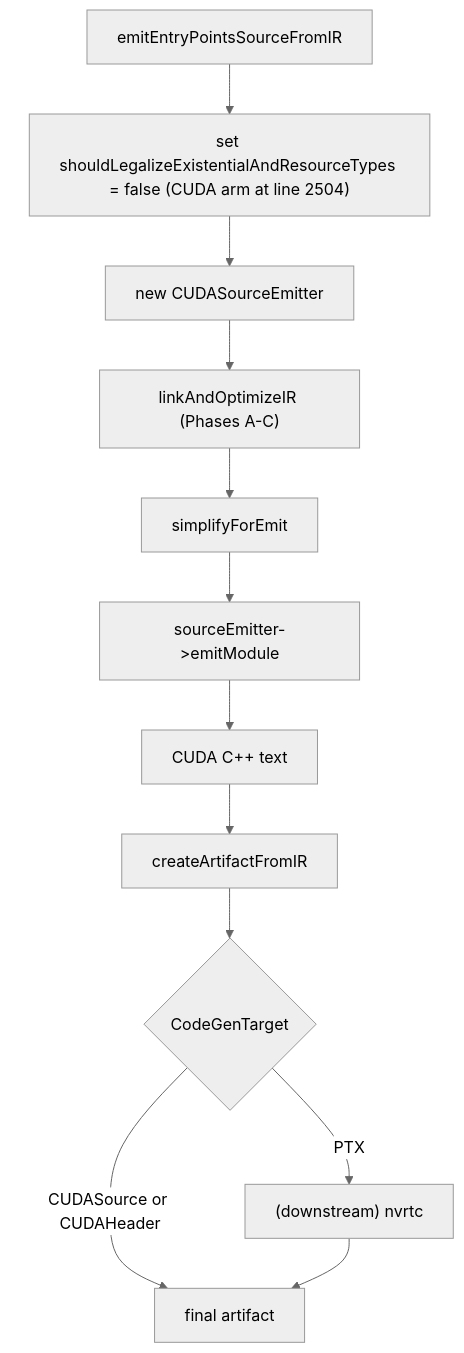
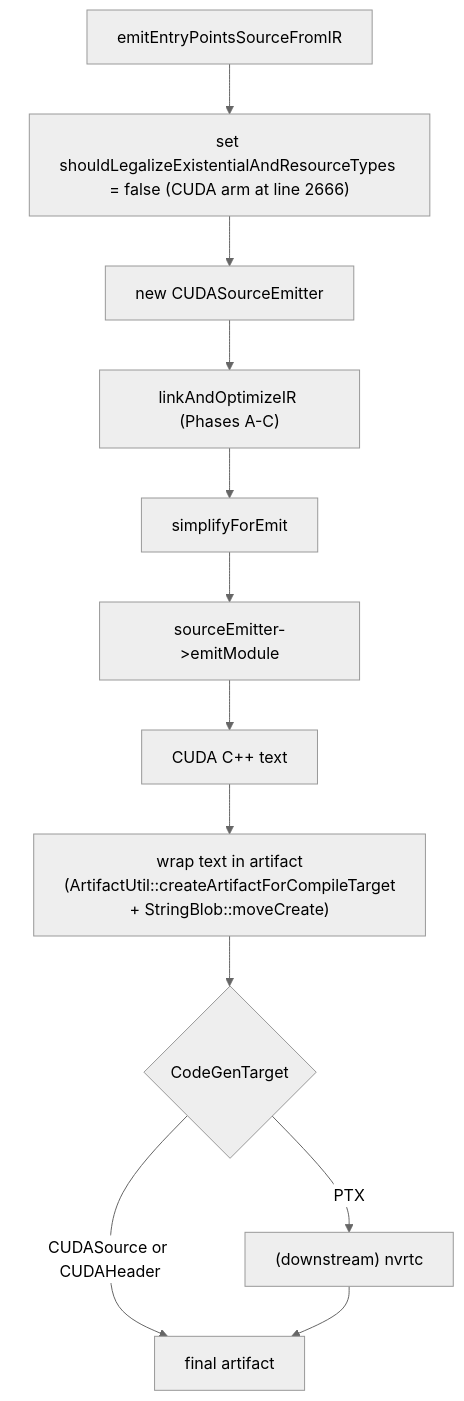
The fifth of 5 diagrams in slang-builder/deps/slang/share/doc/slang/generated/design/target-pipelines/cuda.md (FireNameFN/panelwork-rs), drawn with Mermaid (neutral theme) before and after one commit. The commit also changed other lines of this file and 3551 other files, not shown here.

````diff
--- a/slang-builder/deps/slang/share/doc/slang/generated/design/target-pipelines/cuda.md
+++ b/slang-builder/deps/slang/share/doc/slang/generated/design/target-pipelines/cuda.md
@@ -507,18 +546,18 @@
 ```mermaid
 flowchart TD
   ent[emitEntryPointsSourceFromIR]
-  setFlag["set shouldLegalizeExistentialAndResourceTypes = false (CUDA arm at line 2504)"]
+  setFlag["set shouldLegalizeExistentialAndResourceTypes = false (CUDA arm at line 2666)"]
   newEmit[new CUDASourceEmitter]
   linkOpt2["linkAndOptimizeIR (Phases A-C)"]
   simpForEmit[simplifyForEmit]
   emitModule[sourceEmitter->emitModule]
   textOut[CUDA C++ text]
-  artifact[createArtifactFromIR]
+  artifact["wrap text in artifact<br/>(ArtifactUtil::createArtifactForCompileTarget<br/>+ StringBlob::moveCreate)"]
   selectTarget{CodeGenTarget}
   nvrtc["(downstream) nvrtc"]
   done[final artifact]
 
   ent --> setFlag --> newEmit --> linkOpt2 --> simpForEmit --> emitModule --> textOut --> artifact --> selectTarget
   selectTarget -->|"CUDASource or CUDAHeader"| done
   selectTarget -->|PTX| nvrtc --> done
 ```
````
